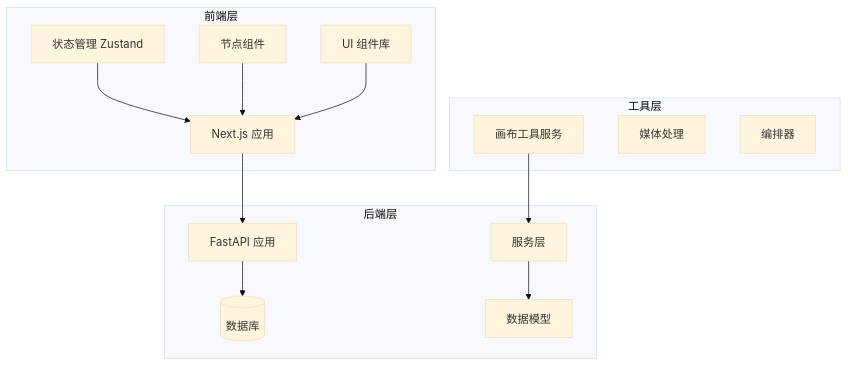
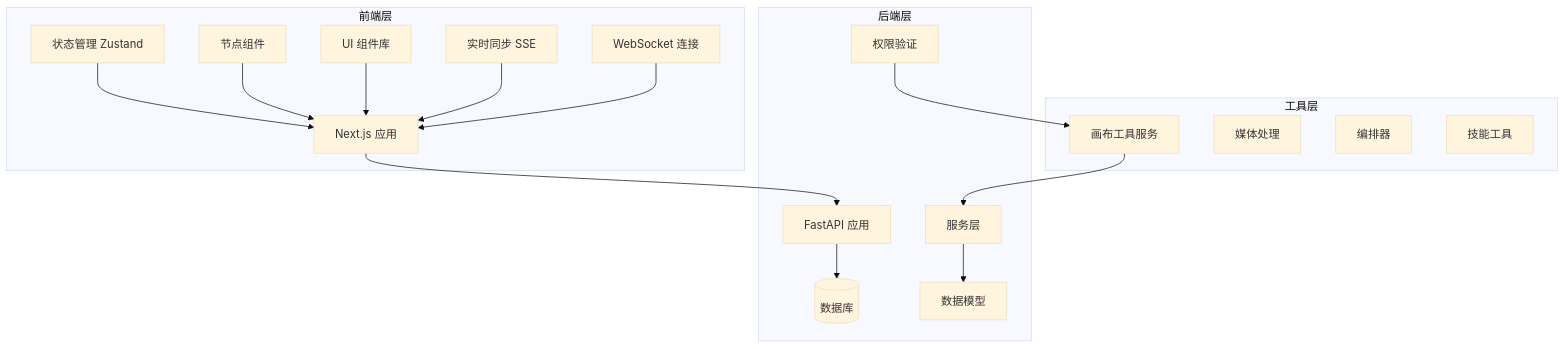
Before and after one commit to KunLabAI/KunFlix: the first of 7 diagrams in .qoder/repowiki/zh/content/后端开发指南/画布工具服务.md, drawn with Mermaid (base theme). The commit also changed other lines of this file and 12 other files, not shown here.

````diff
--- a/.qoder/repowiki/zh/content/后端开发指南/画布工具服务.md
+++ b/.qoder/repowiki/zh/content/后端开发指南/画布工具服务.md
@@ -40,27 +52,34 @@
 ```mermaid
 graph TB
 subgraph "前端层"
 FE[Next.js 应用]
 Store[状态管理 Zustand]
 Nodes[节点组件]
 UI[UI 组件库]
+SSE[实时同步 SSE]
+WS[WebSocket 连接]
 end
 subgraph "后端层"
 BE[FastAPI 应用]
 DB[(数据库)]
 Services[服务层]
 Models[数据模型]
+Auth[权限验证]
 end
 subgraph "工具层"
 CanvasTools[画布工具服务]
 Media[媒体处理]
 Orchestrator[编排器]
+Skills[技能工具]
 end
 FE --> BE
 BE --> DB
 CanvasTools --> Services
 Services --> Models
 Store --> FE
 Nodes --> FE
 UI --> FE
+SSE --> FE
+WS --> FE
+Auth --> CanvasTools
 ```
````
